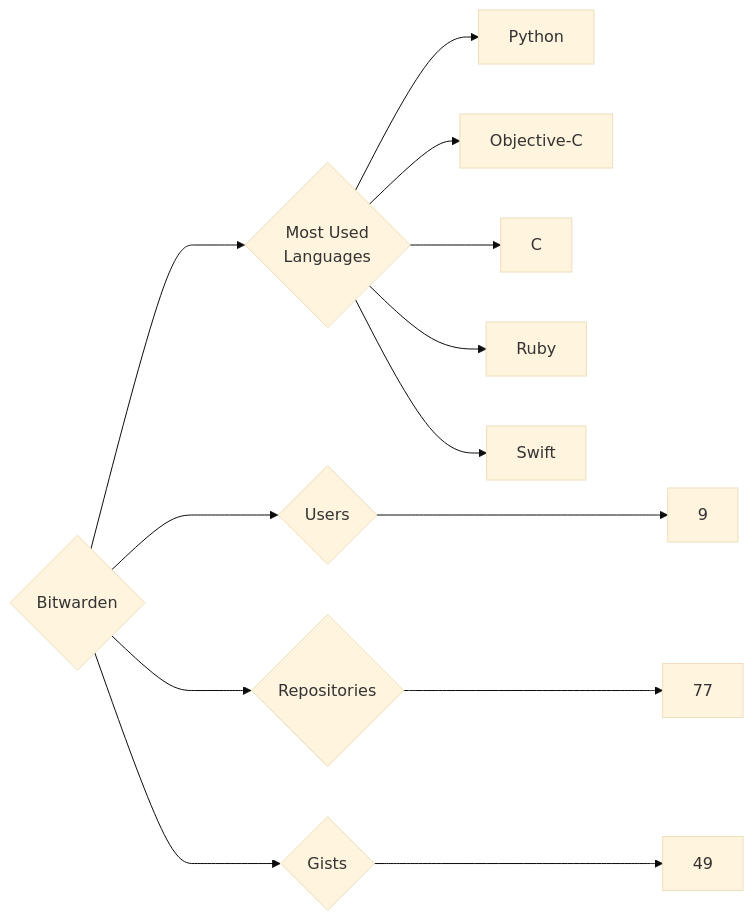
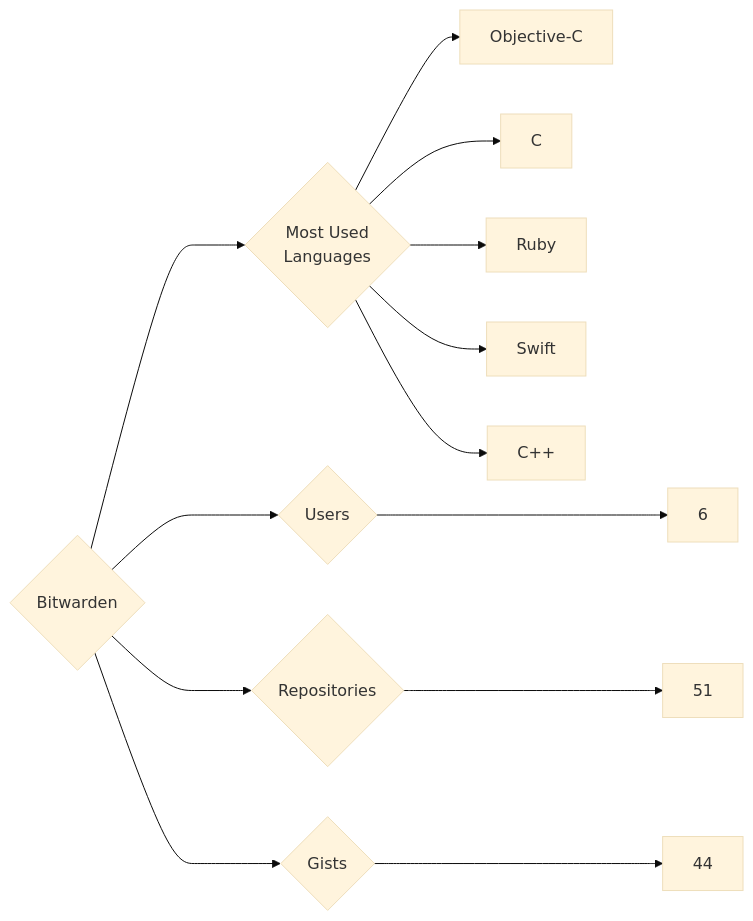
Before and after one commit to trickest/insiders: the diagram in targets/Bitwarden/README.md, drawn with Mermaid (base theme). The commit also changed 873 other files, not shown here.

````diff
--- a/targets/Bitwarden/README.md
+++ b/targets/Bitwarden/README.md
@@ -3,13 +3,13 @@
 ```mermaid
 graph LR
 COMPANY_NAME{Bitwarden}
-COMPANY_NAME ---> U{Users} ---> UN[9]
-COMPANY_NAME ---> R{Repositories} ---> RN[77]
-COMPANY_NAME ---> G{Gists} ---> GN[49]
+COMPANY_NAME ---> U{Users} ---> UN[6]
+COMPANY_NAME ---> R{Repositories} ---> RN[51]
+COMPANY_NAME ---> G{Gists} ---> GN[44]
 COMPANY_NAME ---> ML{Most Used<br>Languages}
-ML --> Python[Python]
 ML --> Objective-C[Objective-C]
 ML --> C[C]
 ML --> Ruby[Ruby]
 ML --> Swift[Swift]
+ML --> C++[C++]
 ```
````
